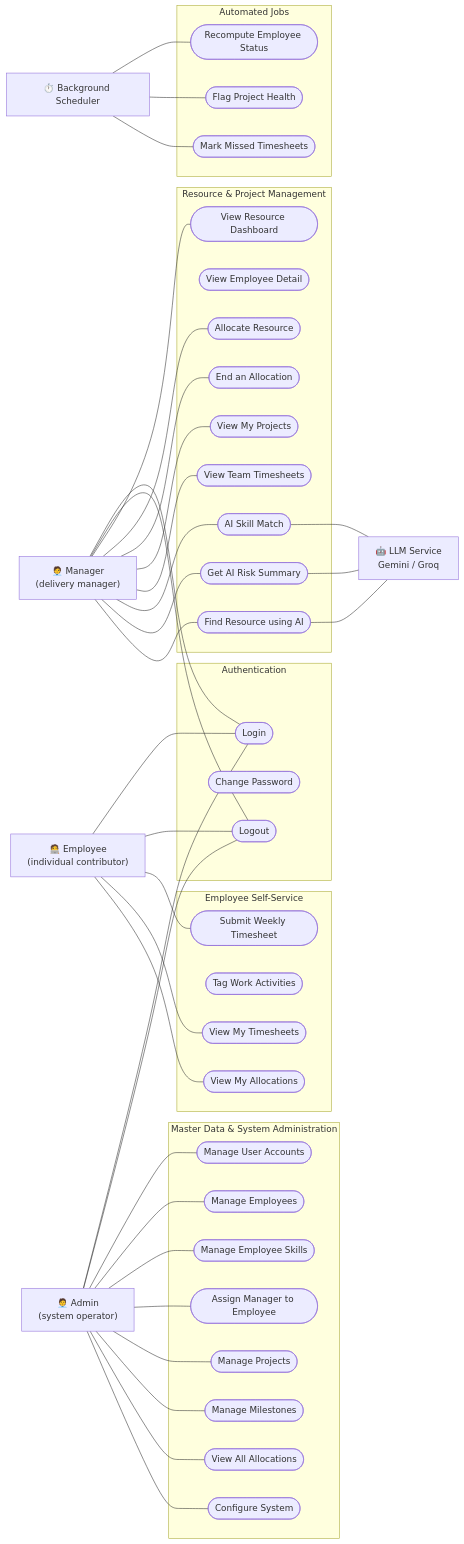
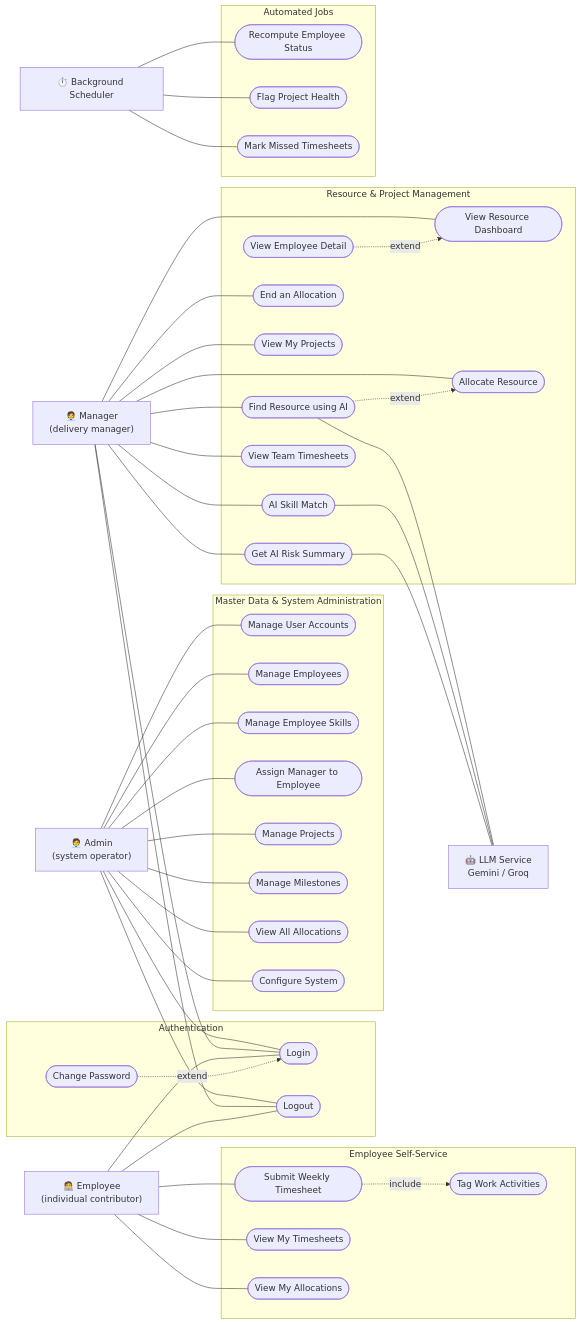
One commit to bhavingarg/project-and-resource-management-tool changed the diagram in design/useCaseDiagram.md. Above: the diagram before and after it, drawn with Mermaid. The commit also changed 1 other file, not shown here.

Commit message:
fix: Improved the ER diagram architecture.

````diff
--- a/design/useCaseDiagram.md
+++ b/design/useCaseDiagram.md
@@ -6,70 +6,75 @@
 ```mermaid
 flowchart LR
     Admin["🧑‍💼 Admin<br/>(system operator)"]
     Manager["🧑‍💼 Manager<br/>(delivery manager)"]
     Employee["🧑‍💻 Employee<br/>(individual contributor)"]
     Scheduler["⏱️ Background Scheduler"]
     LLM["🤖 LLM Service<br/>Gemini / Groq"]
 
     subgraph AUTH["Authentication"]
         UC_Login(["Login"])
         UC_ChangePwd(["Change Password"])
         UC_Logout(["Logout"])
     end
 
     subgraph ADM["Master Data & System Administration"]
         UC_ManageUsers(["Manage User Accounts"])
         UC_ManageEmployees(["Manage Employees"])
         UC_ManageSkills(["Manage Employee Skills"])
         UC_AssignManager(["Assign Manager to Employee"])
         UC_ManageProjects(["Manage Projects"])
         UC_ManageMilestones(["Manage Milestones"])
         UC_ViewAllAlloc(["View All Allocations"])
         UC_SysConfig(["Configure System"])
     end
 
     subgraph MGR["Resource & Project Management"]
         UC_Dashboard(["View Resource Dashboard"])
         UC_DrillDown(["View Employee Detail"])
         UC_Allocate(["Allocate Resource"])
         UC_AIFind(["Find Resource using AI"])
         UC_EndAlloc(["End an Allocation"])
         UC_MyProjects(["View My Projects"])
         UC_RiskSummary(["Get AI Risk Summary"])
         UC_SkillMatch(["AI Skill Match"])
         UC_TeamTS(["View Team Timesheets"])
     end
 
     subgraph EMP["Employee Self-Service"]
         UC_SubmitTS(["Submit Weekly Timesheet"])
         UC_TagWork(["Tag Work Activities"])
         UC_MyTS(["View My Timesheets"])
         UC_MyAlloc(["View My Allocations"])
     end
 
     subgraph SYS["Automated Jobs"]
         UC_Recompute(["Recompute Employee Status"])
         UC_FlagHealth(["Flag Project Health"])
         UC_MarkMissed(["Mark Missed Timesheets"])
     end
 
     Admin --- UC_Login
     Manager --- UC_Login
     Employee --- UC_Login
     Admin --- UC_Logout
     Manager --- UC_Logout
     Employee --- UC_Logout
 
     Admin --- UC_ManageUsers & UC_ManageEmployees & UC_ManageSkills & UC_AssignManager
     Admin --- UC_ManageProjects & UC_ManageMilestones & UC_ViewAllAlloc & UC_SysConfig
 
     Manager --- UC_Dashboard & UC_Allocate & UC_EndAlloc & UC_MyProjects & UC_TeamTS
     Manager --- UC_SkillMatch & UC_RiskSummary & UC_AIFind
 
     Employee --- UC_SubmitTS & UC_MyTS & UC_MyAlloc
 
+    UC_ChangePwd -.->|extend| UC_Login
+    UC_DrillDown -.->|extend| UC_Dashboard
+    UC_AIFind -.->|extend| UC_Allocate
+    UC_SubmitTS -.->|include| UC_TagWork
+
     Scheduler --- UC_Recompute & UC_FlagHealth & UC_MarkMissed
     UC_AIFind --- LLM
     UC_SkillMatch --- LLM
     UC_RiskSummary --- LLM
 ```
````
